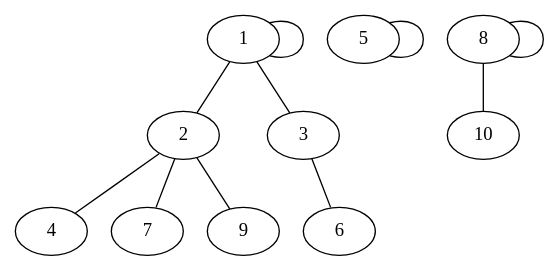
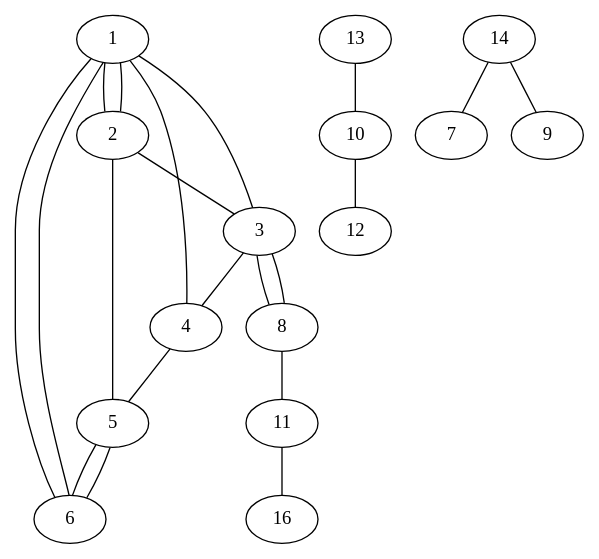
The diagram in hofstad_PA.dot (GuidoHeijden/CNproject_PAmodels), drawn with Graphviz before and after one commit. The commit also changed 4 other files, not shown here.

```diff
--- a/hofstad_PA.dot
+++ b/hofstad_PA.dot
@@ -1,22 +1,37 @@
 graph  {
-1 [pos="[0.01631832 0.21064744]"];
-2 [pos="[ 0.0184226  -0.21363959]"];
-3 [pos="[0.01417381 0.60935754]"];
-4 [pos="[-0.41020895 -0.30372643]"];
-5 [pos="[-0.31246304  0.22701231]"];
-6 [pos="[0.01217379 1.        ]"];
-7 [pos="[ 0.02053751 -0.63595073]"];
-8 [pos="[-0.08705816 -0.35681249]"];
-9 [pos="[ 0.44793818 -0.29939921]"];
-10 [pos="[ 0.28016593 -0.23748884]"];
-1 -- 1  [key=0];
+1 [pos="[-0.16976141  0.37092833]"];
+2 [pos="[0.31855196 0.49997731]"];
+3 [pos="[0.14825371 0.13646264]"];
+4 [pos="[0.09108098 0.51316618]"];
+5 [pos="[0.09953064 0.88499043]"];
+6 [pos="[-0.32441663  0.7793338 ]"];
+8 [pos="[ 0.24402962 -0.24894423]"];
+13 [pos="[-0.46106398  0.17079306]"];
+10 [pos="[-0.22290983 -0.13215906]"];
+14 [pos="[-0.19080702 -0.29900106]"];
+7 [pos="[-0.50738959 -0.51887955]"];
+9 [pos="[ 0.15344183 -0.12561403]"];
+12 [pos="[ 0.04905385 -0.40516277]"];
+11 [pos="[ 0.33791572 -0.62589105]"];
+16 [pos="[ 0.43449014 -1.        ]"];
 1 -- 2  [key=0];
+1 -- 2  [key=1];
+1 -- 4  [key=0];
+1 -- 6  [key=0];
+1 -- 6  [key=1];
 1 -- 3  [key=0];
-2 -- 4  [key=0];
-2 -- 7  [key=0];
-2 -- 9  [key=0];
-3 -- 6  [key=0];
-5 -- 5  [key=0];
-8 -- 8  [key=0];
-8 -- 10  [key=0];
+2 -- 3  [key=0];
+2 -- 5  [key=0];
+3 -- 8  [key=0];
+3 -- 8  [key=1];
+3 -- 4  [key=0];
+4 -- 5  [key=0];
+5 -- 6  [key=0];
+5 -- 6  [key=1];
+8 -- 11  [key=0];
+13 -- 10  [key=0];
+10 -- 12  [key=0];
+14 -- 7  [key=0];
+14 -- 9  [key=0];
+11 -- 16  [key=0];
 }
```
